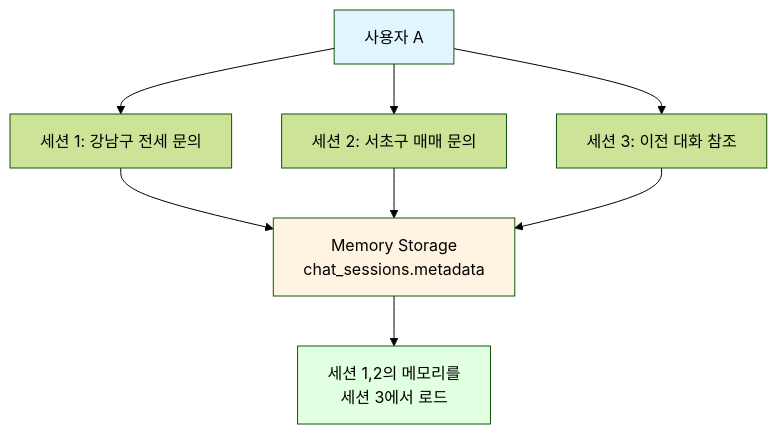
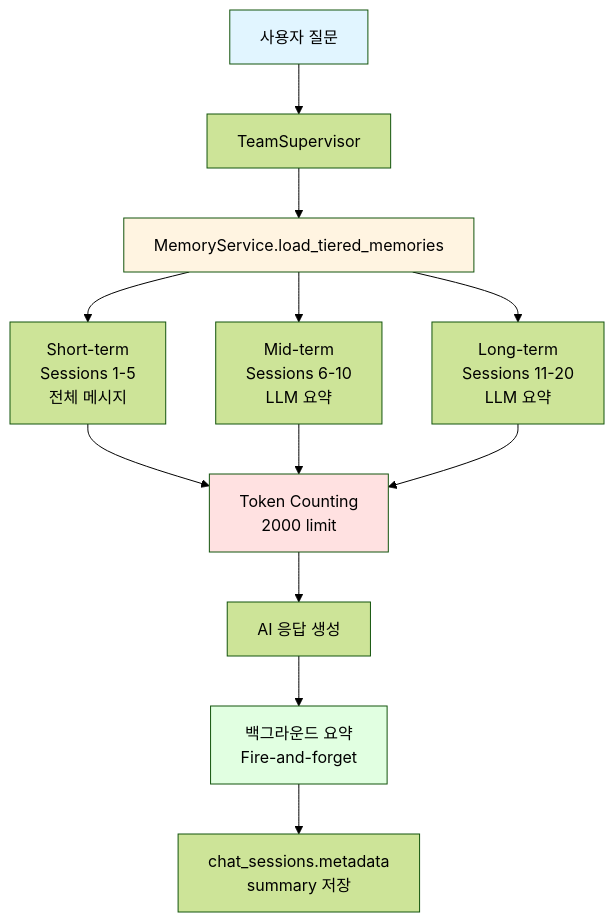
Before and after one commit to seunghak-kim/hny-project: the first of 2 diagrams in Manual/MEMORY_CONFIGURATION_GUIDE.md, drawn with Mermaid (forest theme). The commit also changed other lines of this file and 13 other files, not shown here.

````diff
--- a/Manual/MEMORY_CONFIGURATION_GUIDE.md
+++ b/Manual/MEMORY_CONFIGURATION_GUIDE.md
@@ -51,16 +67,23 @@
 ```mermaid
 graph TD
-    A[사용자 A] --> B[세션 1: 강남구 전세 문의]
-    A --> C[세션 2: 서초구 매매 문의]
-    A --> D[세션 3: 이전 대화 참조]
+    A[사용자 질문] --> B[TeamSupervisor]
+    B --> C[MemoryService.load_tiered_memories]
 
-    B --> E[Memory Storage<br/>chat_sessions.metadata]
-    C --> E
-    D --> E
+    C --> D1[Short-term<br/>Sessions 1-5<br/>전체 메시지]
+    C --> D2[Mid-term<br/>Sessions 6-10<br/>LLM 요약]
+    C --> D3[Long-term<br/>Sessions 11-20<br/>LLM 요약]
 
-    E --> F[세션 1,2의 메모리를<br/>세션 3에서 로드]
+    D1 --> E[Token Counting<br/>2000 limit]
+    D2 --> E
+    D3 --> E
+
+    E --> F[AI 응답 생성]
+    F --> G[백그라운드 요약<br/>Fire-and-forget]
+
+    G --> H[chat_sessions.metadata<br/>summary 저장]
 
     style A fill:#e1f5ff
-    style E fill:#fff4e1
-    style F fill:#e1ffe1
+    style C fill:#fff4e1
+    style E fill:#ffe1e1
+    style G fill:#e1ffe1
 ```
````
